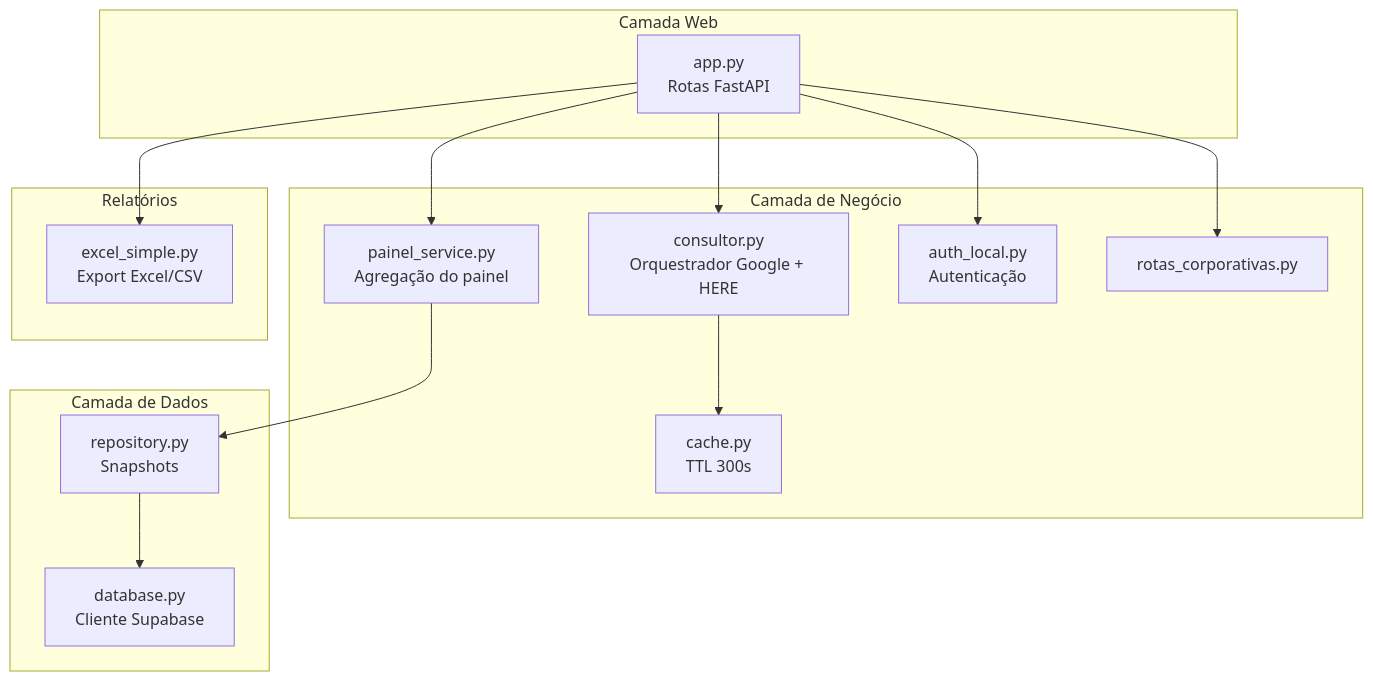
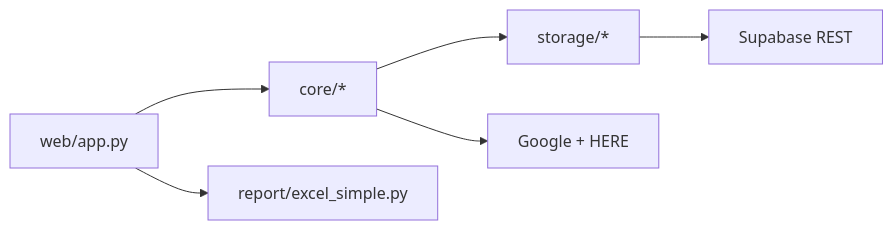
The second of 2 diagrams in docs/arquitetura/01-visao-geral.md (Ivaanildo/monitoramento-dinamico), drawn with Mermaid before and after one commit. The commit also changed other lines of this file and 12 other files, not shown here.

````diff
--- a/docs/arquitetura/01-visao-geral.md
+++ b/docs/arquitetura/01-visao-geral.md
@@ -67,32 +31,8 @@
 ```mermaid
-flowchart TB
-    subgraph Web["Camada Web"]
-        App[app.py<br/>Rotas FastAPI]
-    end
-
-    subgraph Core["Camada de Negócio"]
-        Consultor[consultor.py<br/>Orquestrador Google + HERE]
-        Painel[painel_service.py<br/>Agregação do painel]
-        Auth[auth_local.py<br/>Autenticação]
-        Cache[cache.py<br/>TTL 300s]
-        Rotas[rotas_corporativas.py]
-    end
-
-    subgraph Storage["Camada de Dados"]
-        DB_Client[database.py<br/>Cliente Supabase]
-        Repo[repository.py<br/>Snapshots]
-    end
-
-    subgraph Report["Relatórios"]
-        Excel[excel_simple.py<br/>Export Excel/CSV]
-    end
-
-    App --> Consultor
-    App --> Painel
-    App --> Auth
-    App --> Rotas
-    Consultor --> Cache
-    Painel --> Repo
-    Repo --> DB_Client
-    App --> Excel
+flowchart LR
+    App["web/app.py"] --> Core["core/*"]
+    App --> Report["report/excel_simple.py"]
+    Core --> Storage["storage/*"]
+    Core --> External["Google + HERE"]
+    Storage --> Supabase["Supabase REST"]
 ```
````
